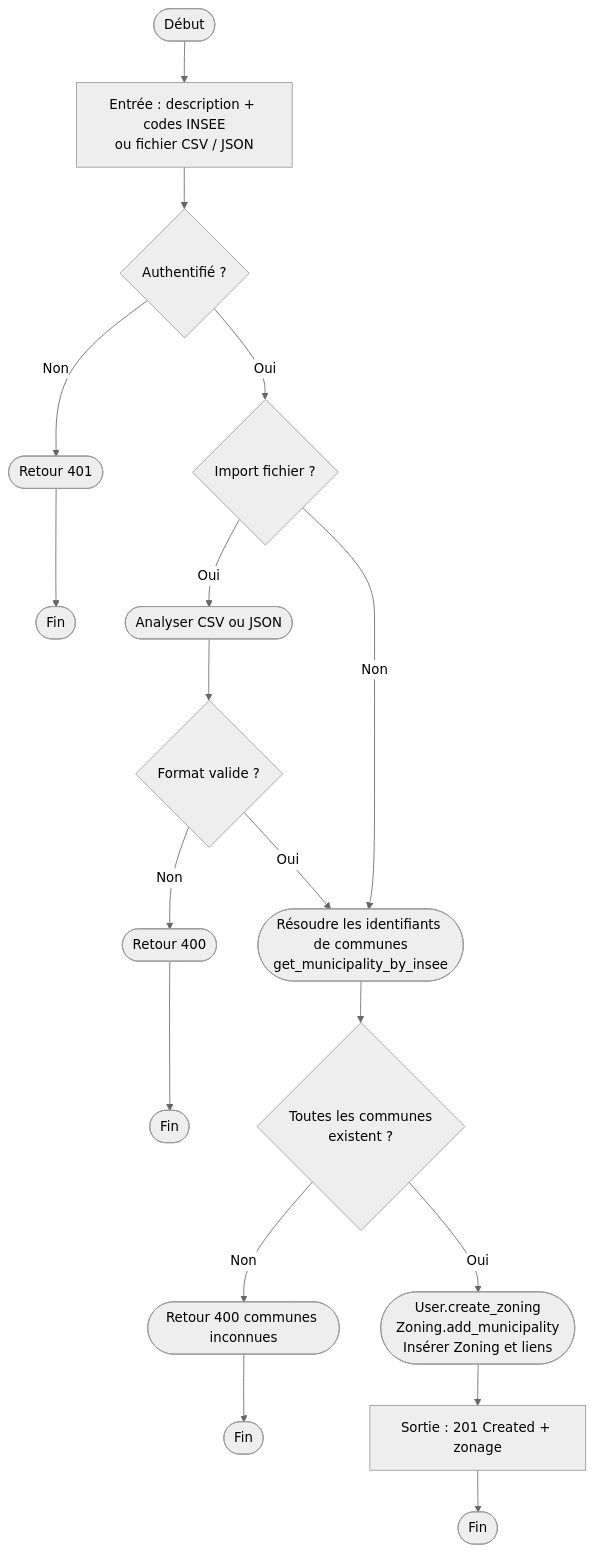
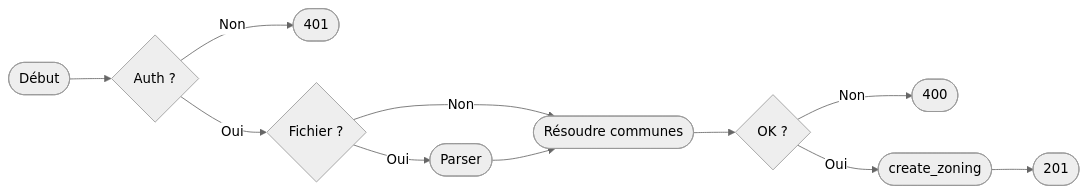
One commit to gabriel-dahan/ensai-it-project-2a-team12 changed the seventh of 8 diagrams in doc/activity_diagram.md. Above: the diagram before and after it, drawn with Mermaid (neutral theme). The commit also changed other lines of this file and 30688 other files, not shown here.

````diff
--- a/doc/activity_diagram.md
+++ b/doc/activity_diagram.md
@@ -141,20 +91,13 @@
 ```mermaid
-flowchart TD
-    start([Début]) --> entree["Entrée : description + codes INSEE\nou fichier CSV / JSON"]
-    entree --> auth{Authentifié ?}
-    auth -->|Non| unauth([Retour 401])
-    unauth --> endUnauth([Fin])
-    auth -->|Oui| source{Import fichier ?}
-    source -->|Oui| parse([Analyser CSV ou JSON])
-    parse --> formatOk{Format valide ?}
-    formatOk -->|Non| badFile([Retour 400])
-    badFile --> endFile([Fin])
-    formatOk -->|Oui| resolve
-    source -->|Non| resolve(["Résoudre les identifiants de communes\nget_municipality_by_insee"])
-    resolve --> known{Toutes les communes\nexistent ?}
-    known -->|Non| unknown([Retour 400 communes inconnues])
-    unknown --> endUnknown([Fin])
-    known -->|Oui| save(["User.create_zoning\nZoning.add_municipality\nInsérer Zoning et liens"])
-    save --> created["Sortie : 201 Created + zonage"]
-    created --> endOk([Fin])
+flowchart LR
+    start([Début]) --> auth{Auth ?}
+    auth -->|Non| u([401])
+    auth -->|Oui| src{Fichier ?}
+    src -->|Oui| p([Parser])
+    src -->|Non| res
+    p --> res([Résoudre communes])
+    res --> ok{OK ?}
+    ok -->|Non| bad([400])
+    ok -->|Oui| save(["create_zoning"])
+    save --> out([201])
 ```
````
